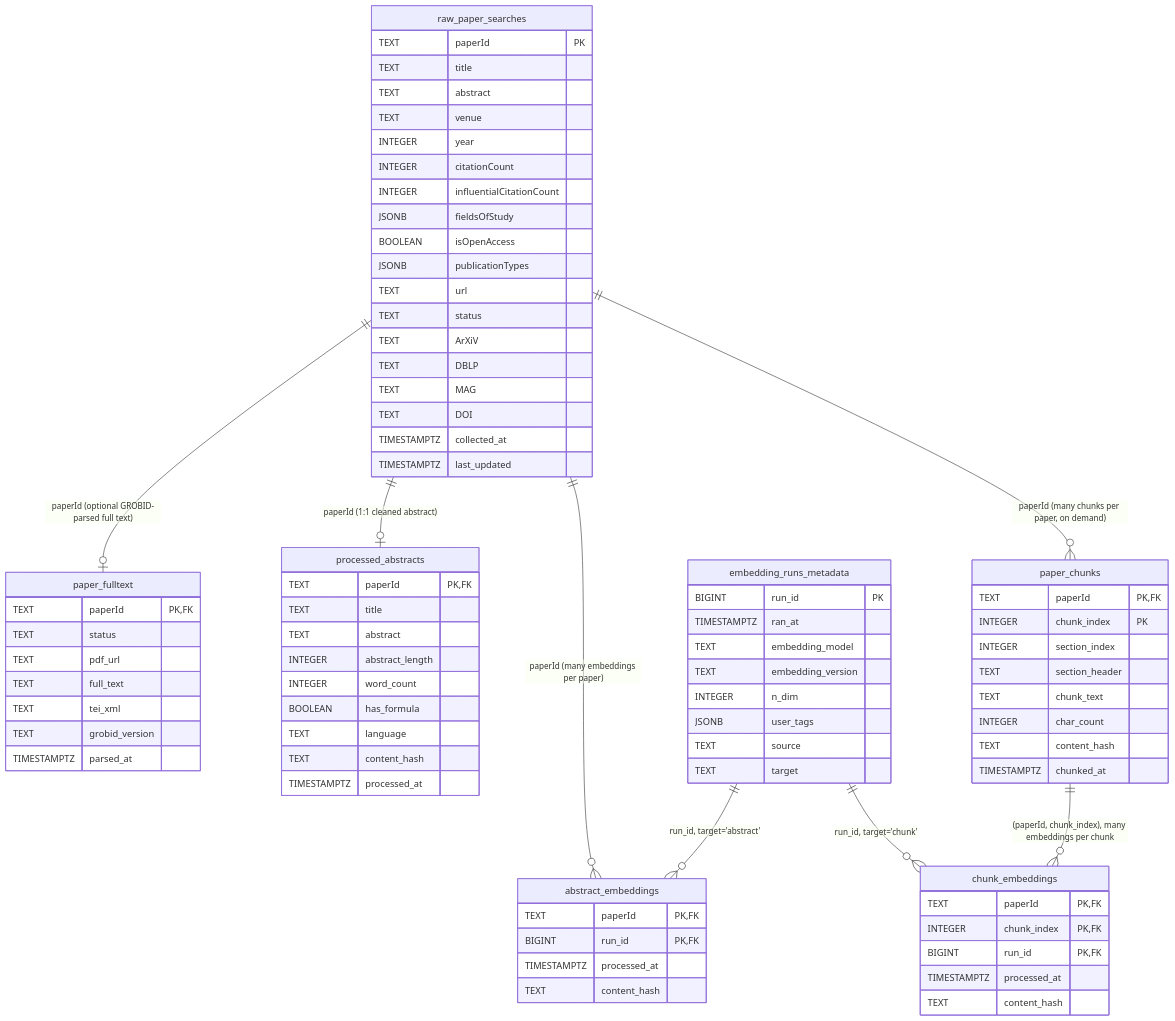
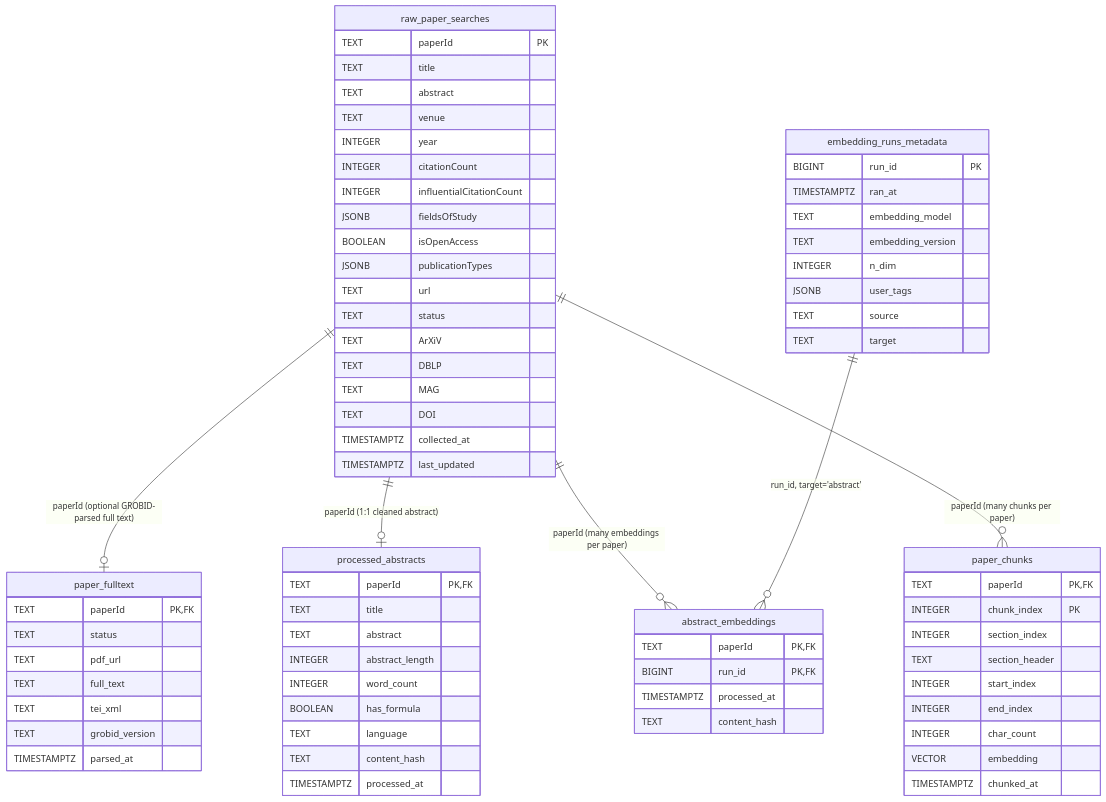
The diagram in documentation/service_schema.md (adam-lw/Literature-Review-AI), drawn with Mermaid before and after one commit. The commit also changed other lines of this file and 20 other files, not shown here.

Commit message:
Refactor of full text collection, parsing, chunking & embedding

````diff
--- a/documentation/service_schema.md
+++ b/documentation/service_schema.md
@@ -68,25 +68,16 @@
         INTEGER chunk_index PK
         INTEGER section_index
         TEXT section_header
-        TEXT chunk_text
+        INTEGER start_index
+        INTEGER end_index
         INTEGER char_count
-        TEXT content_hash
+        VECTOR embedding
         TIMESTAMPTZ chunked_at
-    }
-
-    chunk_embeddings {
-        TEXT paperId PK, FK
-        INTEGER chunk_index PK, FK
-        BIGINT run_id PK, FK
-        TIMESTAMPTZ processed_at
-        TEXT content_hash
     }
 
     raw_paper_searches ||--o| paper_fulltext : "paperId (optional GROBID-parsed full text)"
     raw_paper_searches ||--o| processed_abstracts : "paperId (1:1 cleaned abstract)"
     raw_paper_searches ||--o{ abstract_embeddings : "paperId (many embeddings per paper)"
-    raw_paper_searches ||--o{ paper_chunks : "paperId (many chunks per paper, on demand)"
+    raw_paper_searches ||--o{ paper_chunks : "paperId (many chunks per paper)"
     embedding_runs_metadata ||--o{ abstract_embeddings : "run_id, target='abstract'"
-    embedding_runs_metadata ||--o{ chunk_embeddings : "run_id, target='chunk'"
-    paper_chunks ||--o{ chunk_embeddings : "(paperId, chunk_index), many embeddings per chunk"
 ```
````
